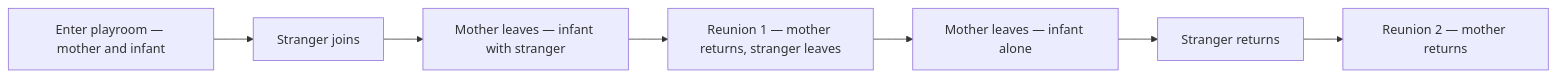
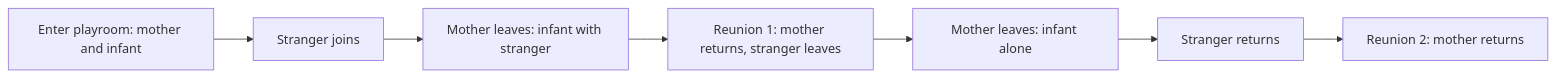
One commit to kennethreitz/kennethreitz.org changed the diagram in data/knowledge/psychology/attachment-theory/strange-situation.md. Above: the diagram before and after it, drawn with Mermaid. The commit also changed other lines of this file and 879 other files, not shown here.

````diff
--- a/data/knowledge/psychology/attachment-theory/strange-situation.md
+++ b/data/knowledge/psychology/attachment-theory/strange-situation.md
@@ -21,9 +21,9 @@
 ```mermaid
 flowchart LR
-    E1["Enter playroom — mother and infant"] --> E2["Stranger joins"]
-    E2 --> E3["Mother leaves — infant with stranger"]
-    E3 --> R1["Reunion 1 — mother returns, stranger leaves"]
-    R1 --> E4["Mother leaves — infant alone"]
+    E1["Enter playroom: mother and infant"] --> E2["Stranger joins"]
+    E2 --> E3["Mother leaves: infant with stranger"]
+    E3 --> R1["Reunion 1: mother returns, stranger leaves"]
+    R1 --> E4["Mother leaves: infant alone"]
     E4 --> E5["Stranger returns"]
-    E5 --> R2["Reunion 2 — mother returns"]
+    E5 --> R2["Reunion 2: mother returns"]
 ```
````
